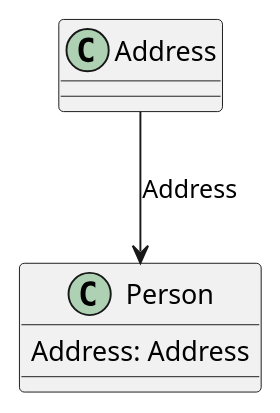
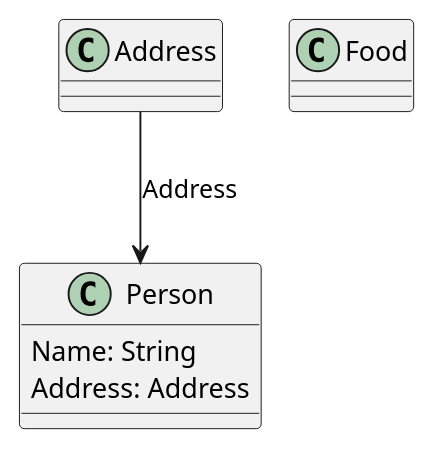
Before and after one commit to Baudin999/car-lang: the diagram in Examples/output/v0.0.1/DDD/DDD.puml, drawn with PlantUML. The commit also changed 48 other files, not shown here.

```diff
--- a/Examples/output/v0.0.1/DDD/DDD.puml
+++ b/Examples/output/v0.0.1/DDD/DDD.puml
@@ -1,6 +1,9 @@
 class "Person" as Person  {
+	Name: String 
 	Address: Address 
 }
 Address --> Person : Address
 class "Address" as Address  {
 }
+class "Food" as Food  {
+}
```
